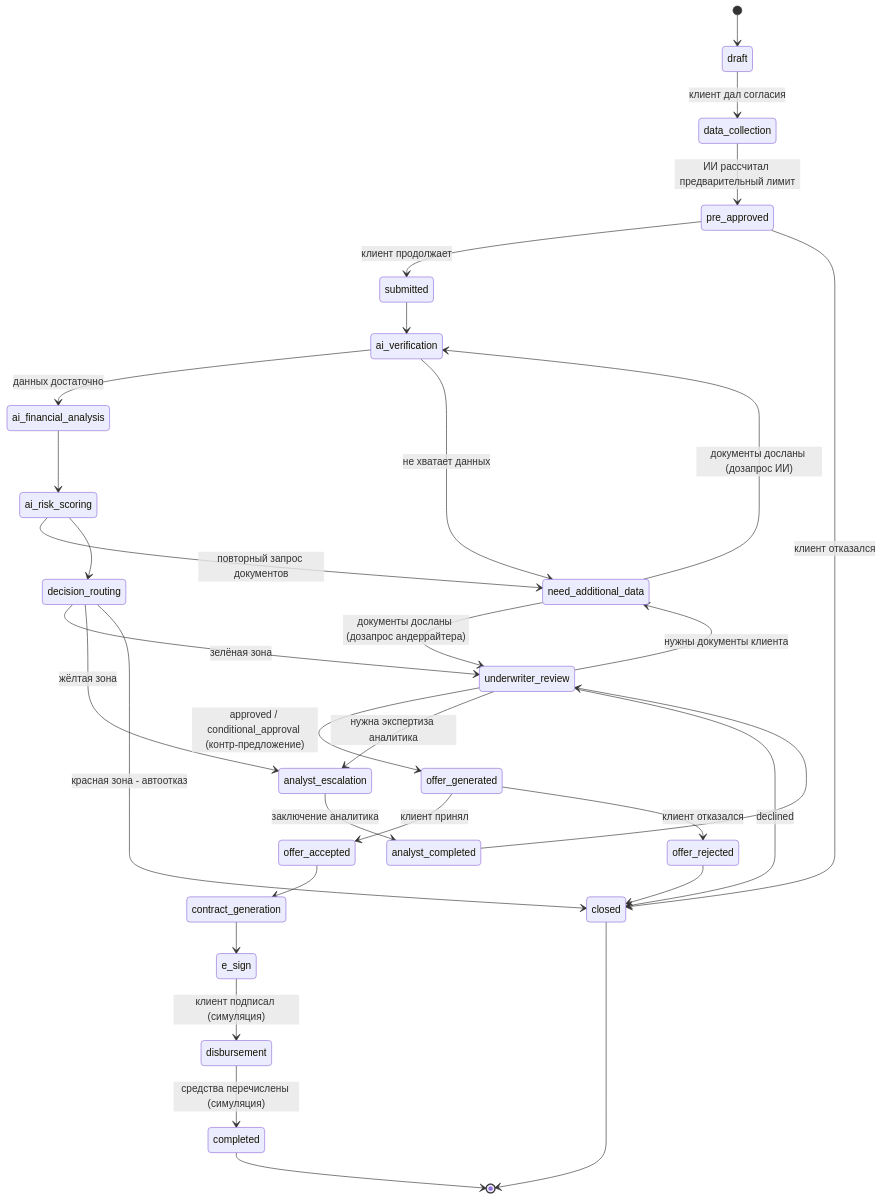
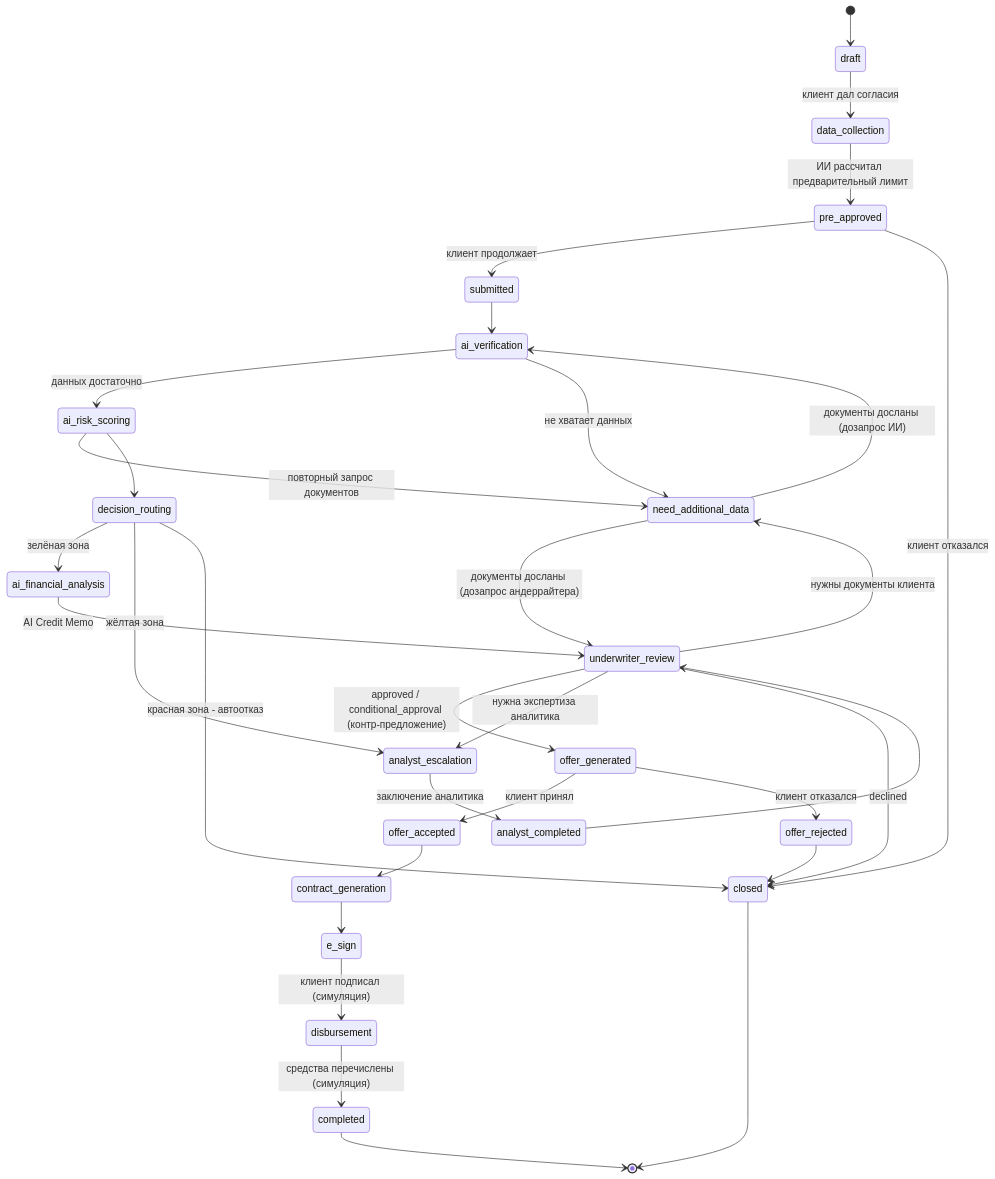
One commit to makarovaeva/smart-credit-online-office changed the diagram in docs/application-lifecycle.md. Above: the diagram before and after it, drawn with Mermaid. The commit also changed other lines of this file and 24 other files, not shown here.

````diff
--- a/docs/application-lifecycle.md
+++ b/docs/application-lifecycle.md
@@ -7,39 +7,39 @@
 ```mermaid
 stateDiagram-v2
     [*] --> draft
     draft --> data_collection: клиент дал согласия
     data_collection --> pre_approved: ИИ рассчитал предварительный лимит
     pre_approved --> submitted: клиент продолжает
     pre_approved --> closed: клиент отказался
 
     submitted --> ai_verification
-    ai_verification --> ai_financial_analysis: данных достаточно
+    ai_verification --> ai_risk_scoring: данных достаточно
     ai_verification --> need_additional_data: не хватает данных
     need_additional_data --> ai_verification: документы досланы (дозапрос ИИ)
     need_additional_data --> underwriter_review: документы досланы (дозапрос андеррайтера)
-    ai_financial_analysis --> ai_risk_scoring
     ai_risk_scoring --> need_additional_data: повторный запрос документов
     ai_risk_scoring --> decision_routing
 
-    decision_routing --> underwriter_review: зелёная зона
+    decision_routing --> ai_financial_analysis: зелёная зона
+    ai_financial_analysis --> underwriter_review: AI Credit Memo
     decision_routing --> analyst_escalation: жёлтая зона
     decision_routing --> closed: красная зона - автоотказ
     analyst_escalation --> analyst_completed: заключение аналитика
     analyst_completed --> underwriter_review
 
     underwriter_review --> offer_generated: approved / conditional_approval (контр-предложение)
     underwriter_review --> need_additional_data: нужны документы клиента
     underwriter_review --> analyst_escalation: нужна экспертиза аналитика
     underwriter_review --> closed: declined
 
     offer_generated --> offer_accepted: клиент принял
     offer_generated --> offer_rejected: клиент отказался
     offer_rejected --> closed
     offer_accepted --> contract_generation
     contract_generation --> e_sign
     e_sign --> disbursement: клиент подписал (симуляция)
     disbursement --> completed: средства перечислены (симуляция)
 
     completed --> [*]
     closed --> [*]
 ```
````
